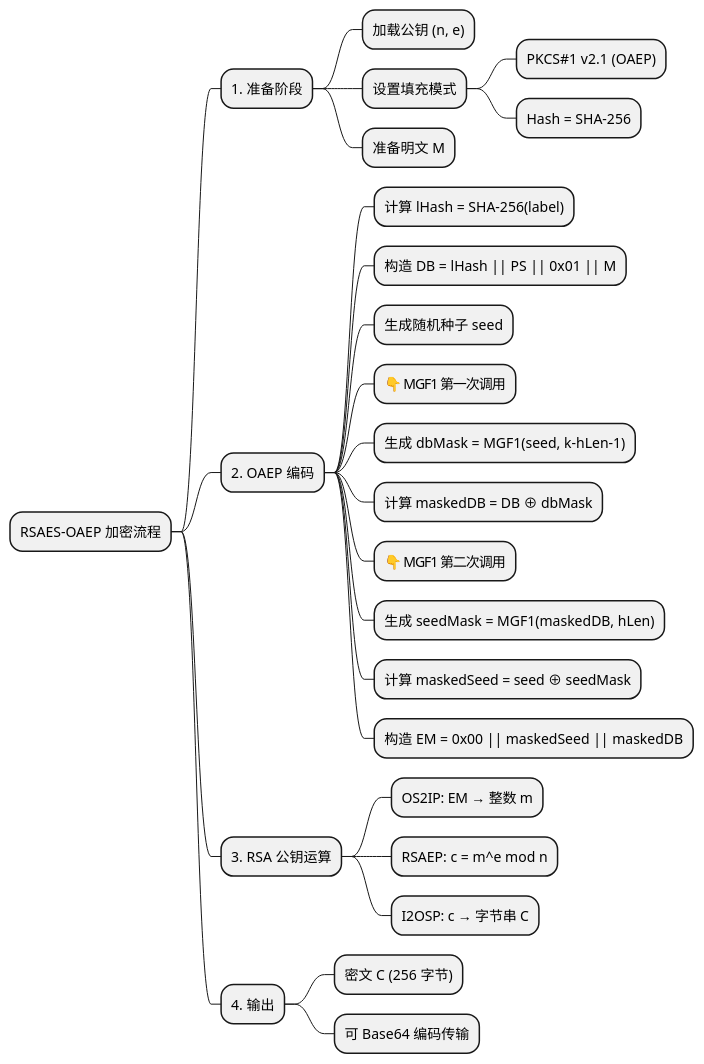
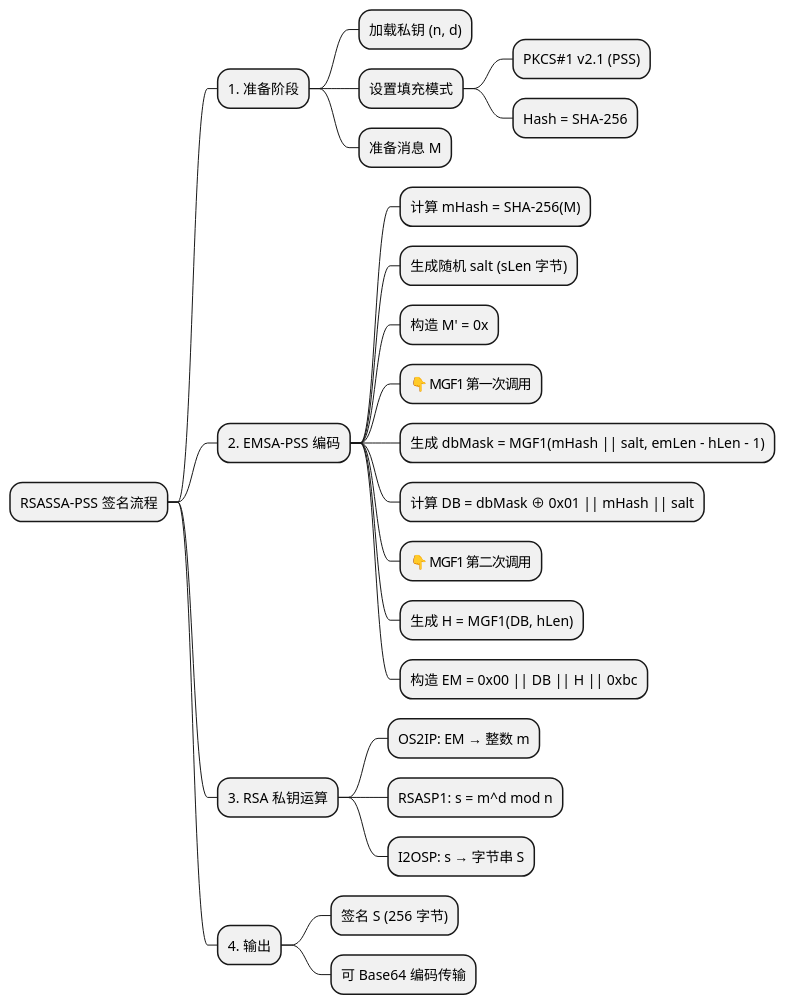
The diagram in RSAES_OAEP_overview.puml (benzheng-2026/mbedtls_rsa_sig), drawn with PlantUML before and after one commit. The commit also changed 30 other files, not shown here.

```diff
--- a/RSAES_OAEP_overview.puml
+++ b/RSAES_OAEP_overview.puml
@@ -1,27 +1,26 @@
 @startmindmap
-* RSAES-OAEP 加密流程
+* RSASSA-PSS 签名流程
 ** 1. 准备阶段
-*** 加载公钥 (n, e)
+*** 加载私钥 (n, d)
 *** 设置填充模式
-**** PKCS#1 v2.1 (OAEP)
+**** PKCS#1 v2.1 (PSS)
 **** Hash = SHA-256
-*** 准备明文 M
-** 2. OAEP 编码
-*** 计算 lHash = SHA-256(label)
-*** 构造 DB = lHash || PS || 0x01 || M
-*** 生成随机种子 seed
+*** 准备消息 M
+** 2. EMSA-PSS 编码
+*** 计算 mHash = SHA-256(M)
+*** 生成随机 salt (sLen 字节)
+*** 构造 M' = 0x
 *** 👇 MGF1 第一次调用
-*** 生成 dbMask = MGF1(seed, k-hLen-1)
-*** 计算 maskedDB = DB ⊕ dbMask
+*** 生成 dbMask = MGF1(mHash || salt, emLen - hLen - 1)
+*** 计算 DB = dbMask ⊕ 0x01 || mHash || salt
 *** 👇 MGF1 第二次调用
-*** 生成 seedMask = MGF1(maskedDB, hLen)
-*** 计算 maskedSeed = seed ⊕ seedMask
-*** 构造 EM = 0x00 || maskedSeed || maskedDB
-** 3. RSA 公钥运算
+*** 生成 H = MGF1(DB, hLen)
+*** 构造 EM = 0x00 || DB || H || 0xbc
+** 3. RSA 私钥运算
 *** OS2IP: EM → 整数 m
-*** RSAEP: c = m^e mod n
-*** I2OSP: c → 字节串 C
+*** RSASP1: s = m^d mod n
+*** I2OSP: s → 字节串 S
 ** 4. 输出
-*** 密文 C (256 字节)
+*** 签名 S (256 字节)
 *** 可 Base64 编码传输
 @endmindmap
```
